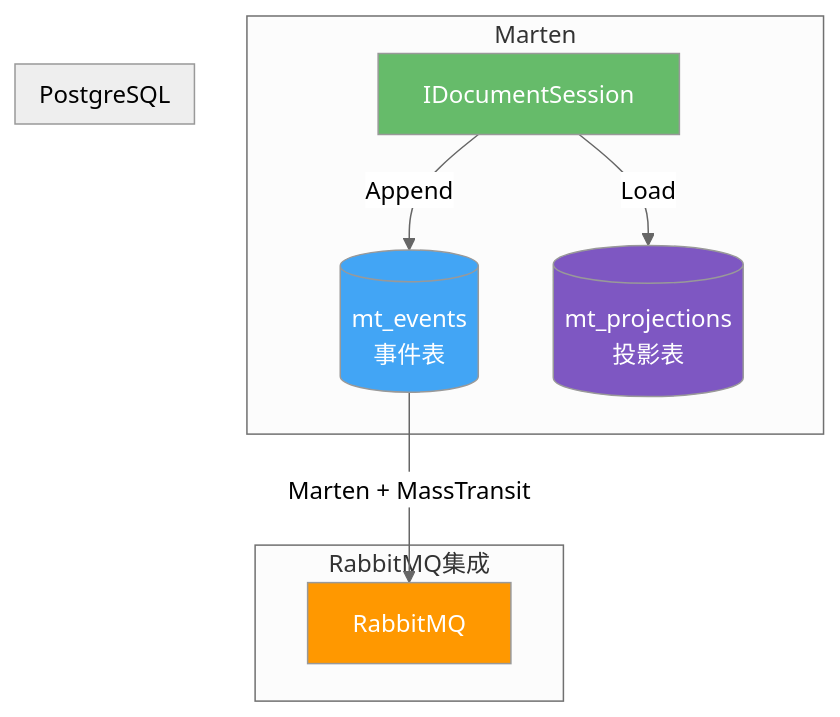
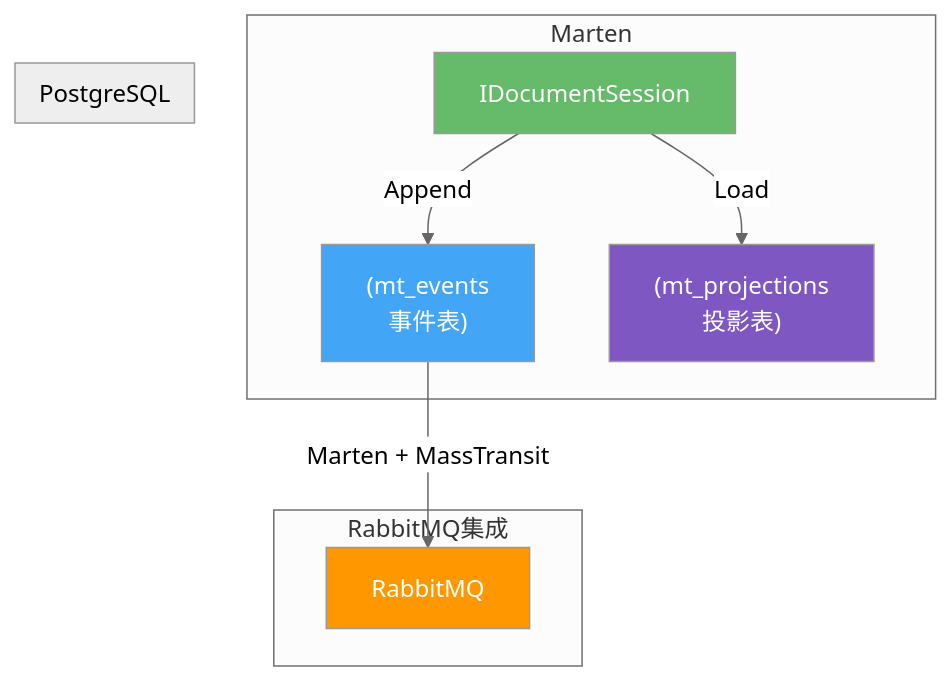
The eighth of 8 diagrams in src/后端开发/RabbitMQ/09_生产级架构设计/02_事件溯源与CQRS.md (moklgydocs/moklgydocs.github.io), drawn with Mermaid (neutral theme) before and after one commit. The commit also changed other lines of this file and 178 other files, not shown here.

First line of the commit message:
fix: 修复 mermaid 图表语法错误 - 为含 <br/> 的标签添加引号、修复未闭合引号

````diff
--- a/src/后端开发/RabbitMQ/09_生产级架构设计/02_事件溯源与CQRS.md
+++ b/src/后端开发/RabbitMQ/09_生产级架构设计/02_事件溯源与CQRS.md
@@ -638,22 +638,22 @@
 ```mermaid
 flowchart TB
     subgraph Marten
         SESSION[IDocumentSession]
-        SESSION -->|Append| MT_EVENTS[(mt_events<br/>事件表)]
-        SESSION -->|Load| MT_PROJ[(mt_projections<br/>投影表)]
+        SESSION -->|Append| MT_EVENTS["(mt_events<br/>事件表)"]
+        SESSION -->|Load| MT_PROJ["(mt_projections<br/>投影表)"]
     end
 
     subgraph PostgreSQL
         MT_EVENTS
         MT_PROJ
     end
 
     subgraph RabbitMQ集成
         MT_EVENTS -->|Marten + MassTransit| MQ[RabbitMQ]
     end
 
     style SESSION fill:#66BB6A,color:#fff
     style MT_EVENTS fill:#42A5F5,color:#fff
     style MT_PROJ fill:#7E57C2,color:#fff
     style MQ fill:#FF9800,color:#fff
 ```
````
